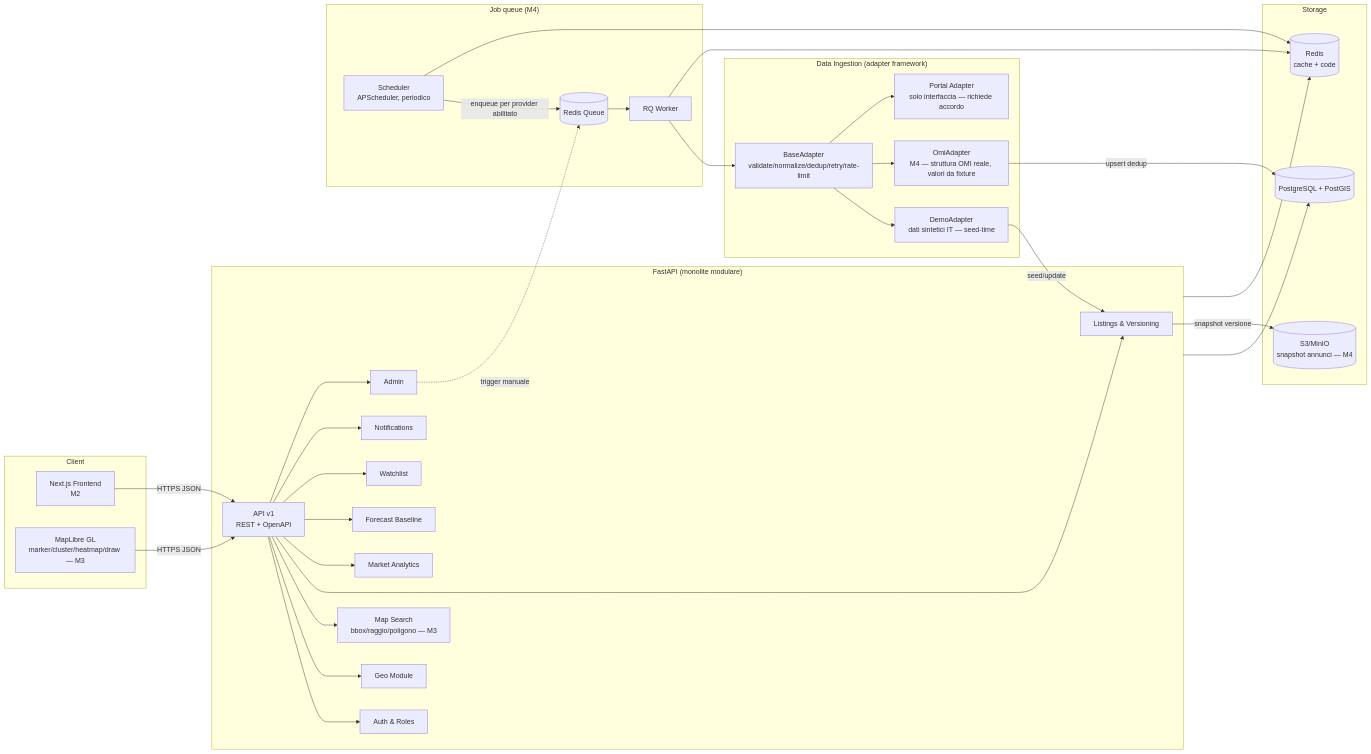
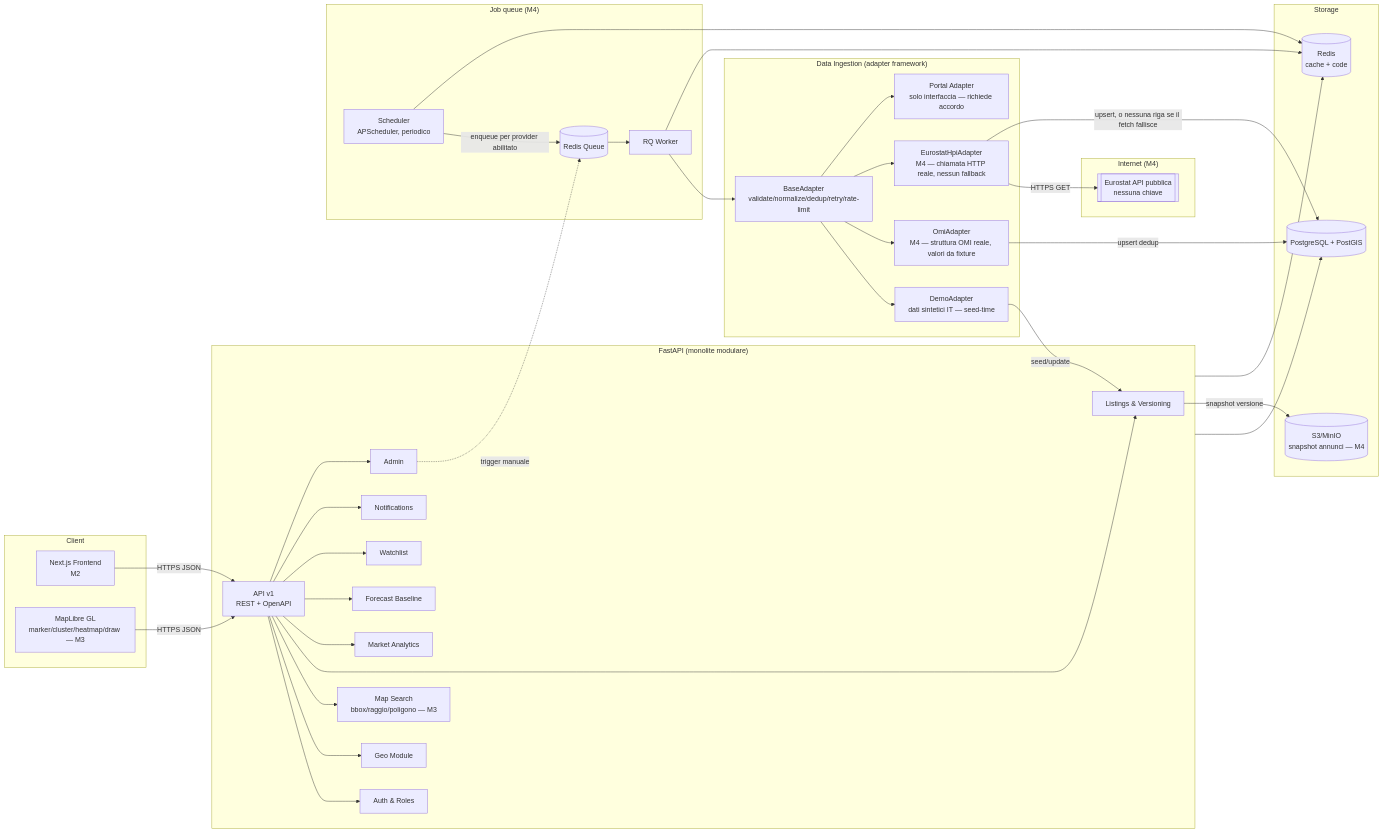
One commit to danialbiz000/projectV1 changed the first of 2 diagrams in remip/docs/ARCHITECTURE.md. Above: the diagram before and after it, drawn with Mermaid. The commit also changed other lines of this file and 14 other files, not shown here.

````diff
--- a/remip/docs/ARCHITECTURE.md
+++ b/remip/docs/ARCHITECTURE.md
@@ -7,50 +7,56 @@
 ```mermaid
 flowchart LR
     subgraph Client
         FE[Next.js Frontend<br/>M2]
         MAP[MapLibre GL<br/>marker/cluster/heatmap/draw — M3]
     end
     subgraph Backend["FastAPI (monolite modulare)"]
         API[API v1<br/>REST + OpenAPI]
         AUTH[Auth & Roles]
         GEO[Geo Module]
         MAPI[Map Search<br/>bbox/raggio/poligono — M3]
         LST[Listings & Versioning]
         MKT[Market Analytics]
         FC[Forecast Baseline]
         WL[Watchlist]
         NTF[Notifications]
         ADM[Admin]
     end
     subgraph Ingestion["Data Ingestion (adapter framework)"]
         BASE[BaseAdapter<br/>validate/normalize/dedup/retry/rate-limit]
         DEMO[DemoAdapter<br/>dati sintetici IT — seed-time]
         OMI[OmiAdapter<br/>M4 — struttura OMI reale, valori da fixture]
+        EURO[EurostatHpiAdapter<br/>M4 — chiamata HTTP reale, nessun fallback]
         PORTAL[Portal Adapter<br/>solo interfaccia — richiede accordo]
     end
     subgraph Async["Job queue (M4)"]
         SCHED[Scheduler<br/>APScheduler, periodico]
         QUEUE[(Redis Queue)]
         WORKER[RQ Worker]
     end
     subgraph Storage
         PG[(PostgreSQL + PostGIS)]
         RD[(Redis<br/>cache + code)]
         S3[(S3/MinIO<br/>snapshot annunci — M4)]
     end
+    subgraph External["Internet (M4)"]
+        EUROSTAT[[Eurostat API pubblica<br/>nessuna chiave]]
+    end
     FE -->|HTTPS JSON| API
     MAP -->|HTTPS JSON| API
     API --> AUTH & GEO & MAPI & LST & MKT & FC & WL & NTF & ADM
     ADM -.->|trigger manuale| QUEUE
     SCHED -->|enqueue per provider abilitato| QUEUE
     QUEUE --> WORKER
     WORKER --> BASE
-    BASE --> DEMO & OMI & PORTAL
+    BASE --> DEMO & OMI & EURO & PORTAL
     DEMO -->|seed/update| LST
     OMI -->|upsert dedup| PG
+    EURO -->|HTTPS GET| EUROSTAT
+    EURO -->|upsert, o nessuna riga se il fetch fallisce| PG
     LST -->|snapshot versione| S3
     Backend --> PG
     Backend --> RD
     SCHED --> RD
     WORKER --> RD
 ```
````
